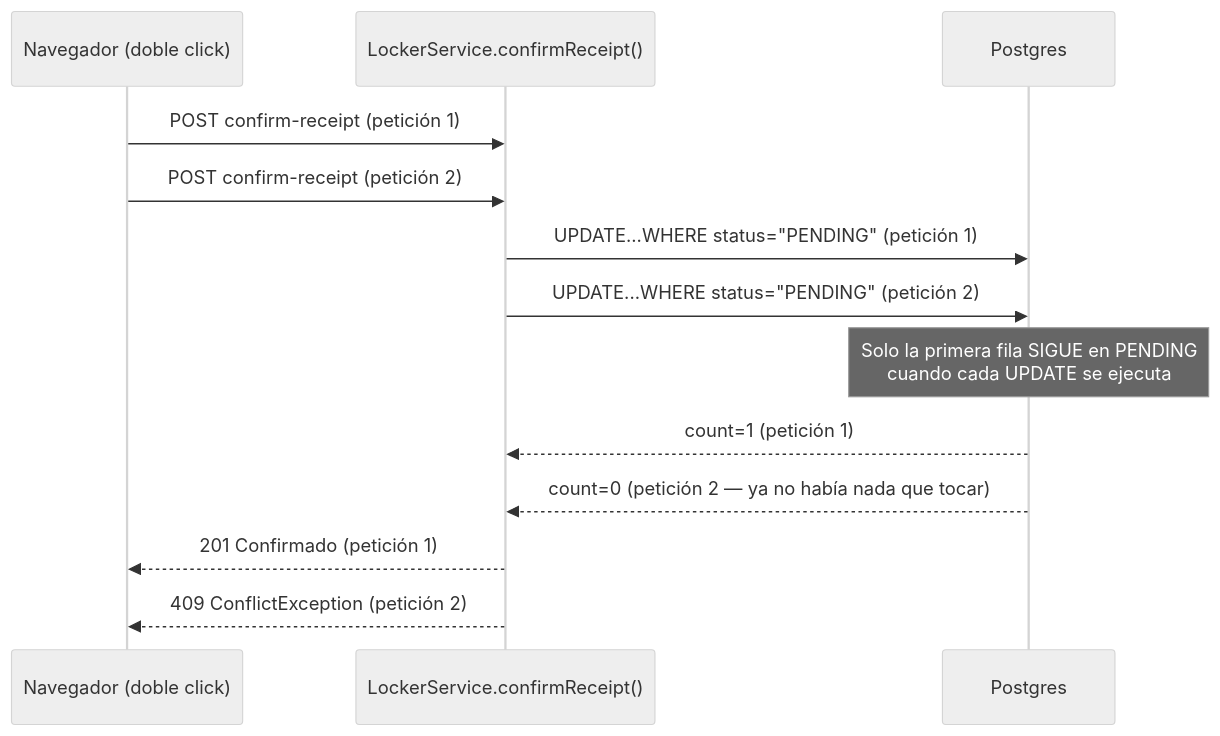
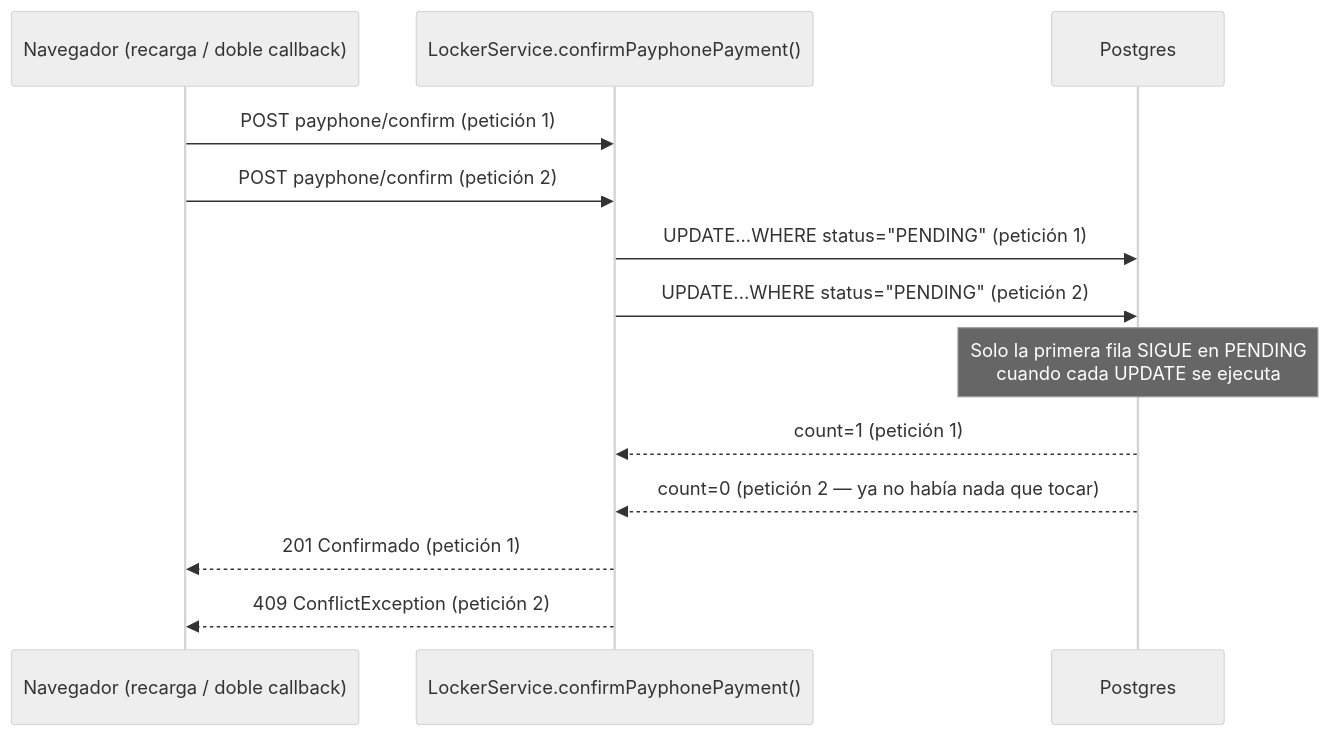
One commit to marcado993/concepto changed the third of 4 diagrams in docs/dominio/12-concurrencia-y-testing.md. Above: the diagram before and after it, drawn with Mermaid (neutral theme). The commit also changed other lines of this file and 28 other files, not shown here.

````diff
--- a/docs/dominio/12-concurrencia-y-testing.md
+++ b/docs/dominio/12-concurrencia-y-testing.md
@@ -69,16 +76,16 @@
 ```mermaid
 sequenceDiagram
-    participant Nav as Navegador (doble click)
-    participant API as LockerService.confirmReceipt()
+    participant Nav as Navegador (recarga / doble callback)
+    participant API as LockerService.confirmPayphonePayment()
     participant DB as Postgres
 
-    Nav->>API: POST confirm-receipt (petición 1)
-    Nav->>API: POST confirm-receipt (petición 2)
+    Nav->>API: POST payphone/confirm (petición 1)
+    Nav->>API: POST payphone/confirm (petición 2)
     API->>DB: UPDATE...WHERE status="PENDING" (petición 1)
     API->>DB: UPDATE...WHERE status="PENDING" (petición 2)
     Note over DB: Solo la primera fila SIGUE en PENDING<br/>cuando cada UPDATE se ejecuta
     DB-->>API: count=1 (petición 1)
     DB-->>API: count=0 (petición 2 — ya no había nada que tocar)
     API-->>Nav: 201 Confirmado (petición 1)
     API-->>Nav: 409 ConflictException (petición 2)
 ```
````
